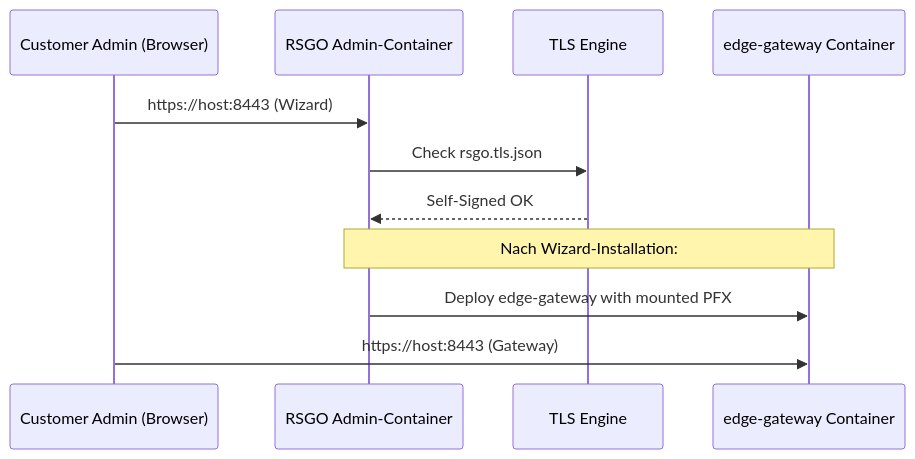
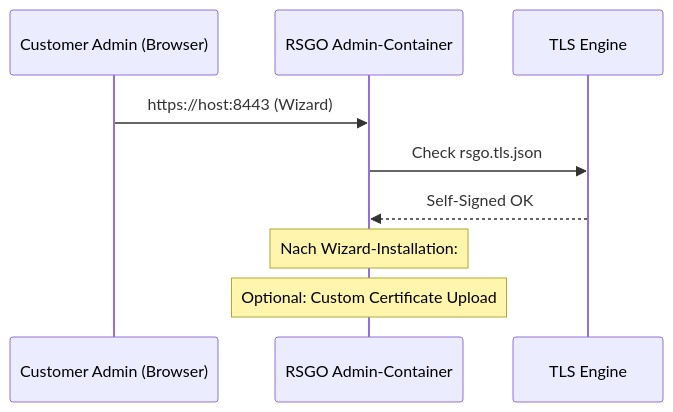
The sixth of 6 diagrams in docs/Architecture/Overview.md (Wiesenwischer/ReadyStackGo), drawn with Mermaid before and after one commit. The commit also changed other lines of this file and 3 other files, not shown here.

Commit message:
Update documentation for v0.6 DDD architecture

````diff
--- a/docs/Architecture/Overview.md
+++ b/docs/Architecture/Overview.md
@@ -226,14 +266,12 @@
 ```mermaid
 sequenceDiagram
     participant C as Customer Admin (Browser)
     participant A as RSGO Admin-Container
     participant T as TLS Engine
-    participant G as edge-gateway Container
 
     C->>A: https://host:8443 (Wizard)
     A->>T: Check rsgo.tls.json
     T-->>A: Self-Signed OK
-    Note over A,G: Nach Wizard-Installation:
-    A->>G: Deploy edge-gateway with mounted PFX
-    C->>G: https://host:8443 (Gateway)
+    Note over A: Nach Wizard-Installation:
+    Note over A: Optional: Custom Certificate Upload
 ```
````
